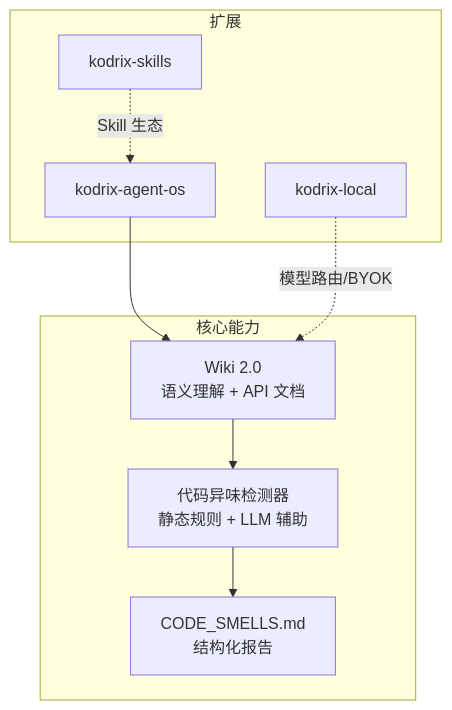
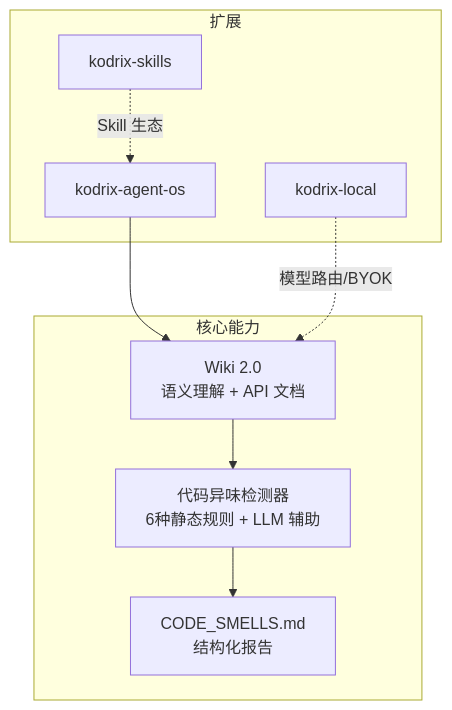
Before and after one commit to sofate798/KodrixCode: the first of 4 diagrams in .qoder/repowiki/zh/content/架构设计/代码库智能架构/代码异味检测器.md, drawn with Mermaid. The commit also changed other lines of this file and 46 other files, not shown here.

````diff
--- a/.qoder/repowiki/zh/content/架构设计/代码库智能架构/代码异味检测器.md
+++ b/.qoder/repowiki/zh/content/架构设计/代码库智能架构/代码异味检测器.md
@@ -40,18 +52,18 @@
 ```mermaid
 graph TB
 subgraph "扩展"
 AOS["kodrix-agent-os"]
 LOCAL["kodrix-local"]
 SKILLS["kodrix-skills"]
 end
 subgraph "核心能力"
 WIKI["Wiki 2.0<br/>语义理解 + API 文档"]
-SMELL["代码异味检测器<br/>静态规则 + LLM 辅助"]
+SMELL["代码异味检测器<br/>6种静态规则 + LLM 辅助"]
 REPORT["CODE_SMELLS.md<br/>结构化报告"]
 end
 AOS --> WIKI
 WIKI --> SMELL
 SMELL --> REPORT
 LOCAL -.->|"模型路由/BYOK"| WIKI
 SKILLS -.->|"Skill 生态"| AOS
 ```
````
